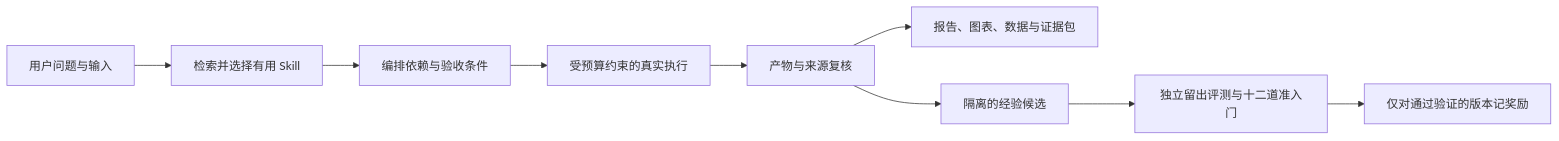
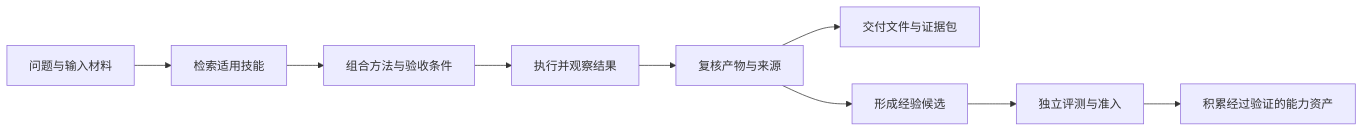
Before and after one commit to qing1989620/skillnet-demo: the diagram in docs/product-guide.md, drawn with Mermaid. The commit also changed other lines of this file and 11 other files, not shown here.

````diff
--- a/docs/product-guide.md
+++ b/docs/product-guide.md
@@ -11,11 +75,11 @@
 ```mermaid
 flowchart LR
-    Q[用户问题与输入] --> S[检索并选择有用 Skill]
-    S --> P[编排依赖与验收条件]
-    P --> E[受预算约束的真实执行]
-    E --> V[产物与来源复核]
-    V --> A[报告、图表、数据与证据包]
-    V --> C[隔离的经验候选]
-    C --> G[独立留出评测与十二道准入门]
-    G --> R[仅对通过验证的版本记奖励]
+    A[问题与输入材料] --> B[检索适用技能]
+    B --> C[组合方法与验收条件]
+    C --> D[执行并观察结果]
+    D --> E[复核产物与来源]
+    E --> F[交付文件与证据包]
+    E --> G[形成经验候选]
+    G --> H[独立评测与准入]
+    H --> I[积累经过验证的能力资产]
 ```
````
